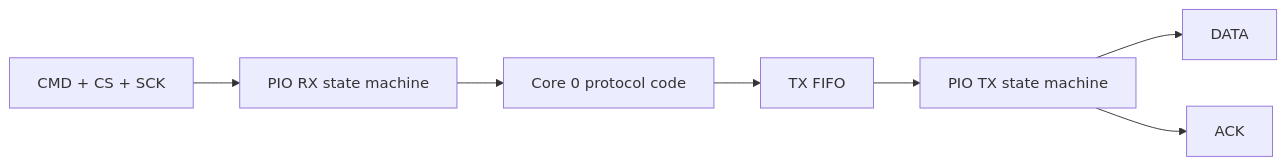
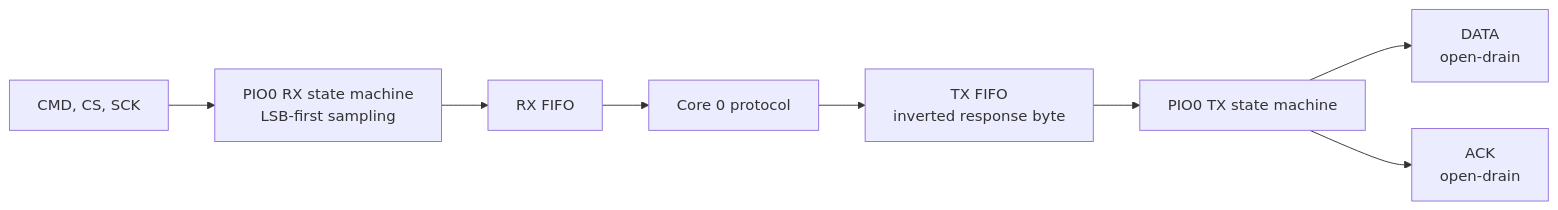
Before and after one commit to Blachovsky/PS-microCard: the diagram in docs/ps1-protocol.md, drawn with Mermaid. The commit also changed other lines of this file and 8 other files, not shown here.

````diff
--- a/docs/ps1-protocol.md
+++ b/docs/ps1-protocol.md
@@ -80,9 +104,10 @@
 ```mermaid
 flowchart LR
-    CMD[CMD + CS + SCK] --> RX[PIO RX state machine]
-    RX --> CPU[Core 0 protocol code]
-    CPU --> TXFIFO[TX FIFO]
-    TXFIFO --> TX[PIO TX state machine]
-    TX --> DATA[DATA]
-    TX --> ACK[ACK]
+    CMD["CMD, CS, SCK"] --> RX["PIO0 RX state machine<br/>LSB-first sampling"]
+    RX --> FIFO_RX["RX FIFO"]
+    FIFO_RX --> CPU["Core 0 protocol"]
+    CPU --> FIFO_TX["TX FIFO<br/>inverted response byte"]
+    FIFO_TX --> TX["PIO0 TX state machine"]
+    TX --> DATA["DATA<br/>open-drain"]
+    TX --> ACK["ACK<br/>open-drain"]
 ```
````
